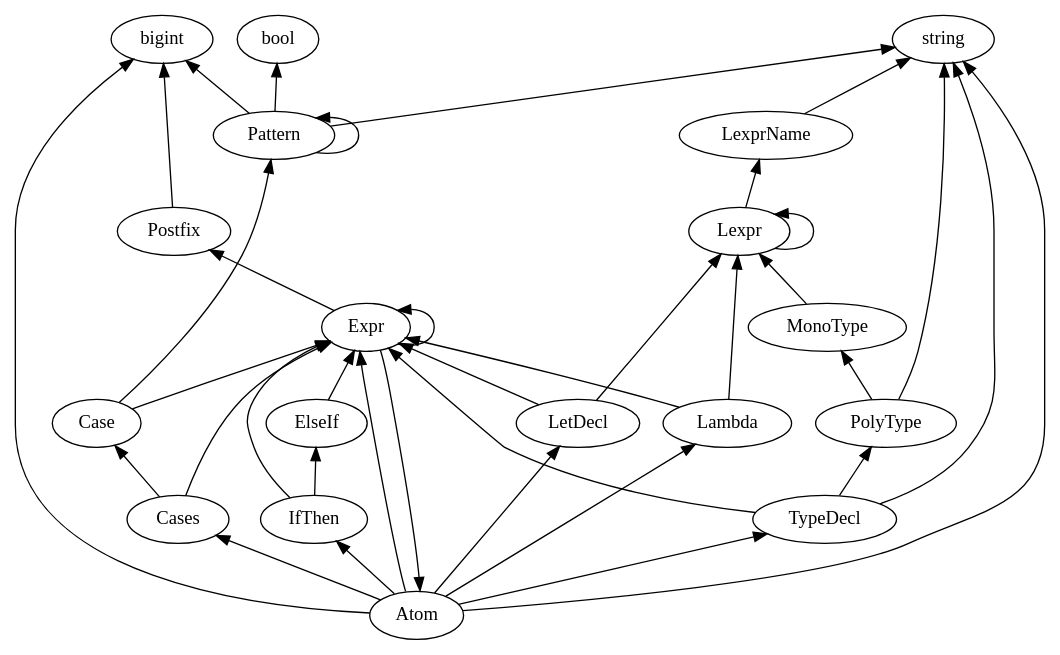
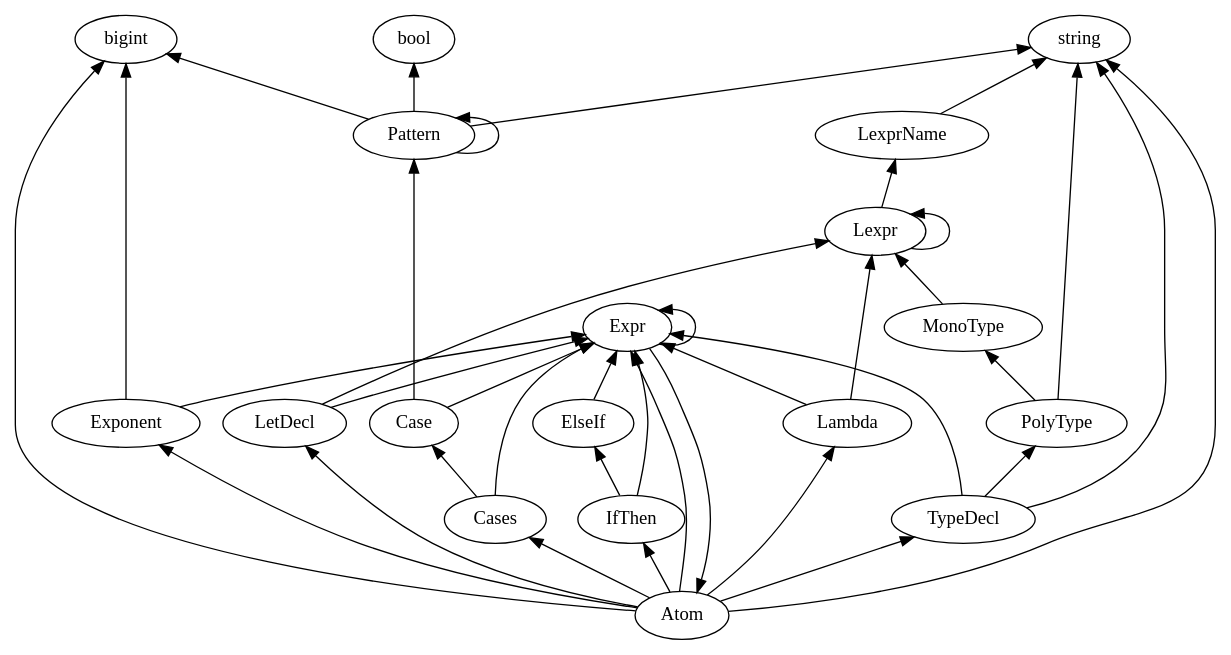
One commit to plutoscarab/Arafel changed the diagram in generated/productions.dot. Above: the diagram before and after it, drawn with Graphviz. The commit also changed 12 other files, not shown here.

```diff
--- a/generated/productions.dot
+++ b/generated/productions.dot
@@ -1,40 +1,41 @@
 digraph G {
     rankdir="BT"
     { rank=same; bool; bigint; string; }
+    Atom -> Exponent
     Atom -> bigint
     Atom -> string
     Atom -> Lambda
     Atom -> Expr
     Atom -> Cases
     Atom -> IfThen
     Atom -> LetDecl
     Atom -> TypeDecl
     Case -> Pattern
     Case -> Expr
     Cases -> Expr
     Cases -> Case
     ElseIf -> Expr
+    Exponent -> Expr
+    Exponent -> bigint
     Expr -> Atom
     Expr -> Expr
-    Expr -> Postfix
     IfThen -> Expr
     IfThen -> ElseIf
     Lambda -> Lexpr
     Lambda -> Expr
     LetDecl -> Lexpr
     LetDecl -> Expr
     Lexpr -> LexprName
     Lexpr -> Lexpr
     LexprName -> string
     MonoType -> Lexpr
     Pattern -> string
     Pattern -> Pattern
     Pattern -> bigint
     Pattern -> bool
     PolyType -> string
     PolyType -> MonoType
-    Postfix -> bigint
     TypeDecl -> string
     TypeDecl -> PolyType
     TypeDecl -> Expr
 }
```
